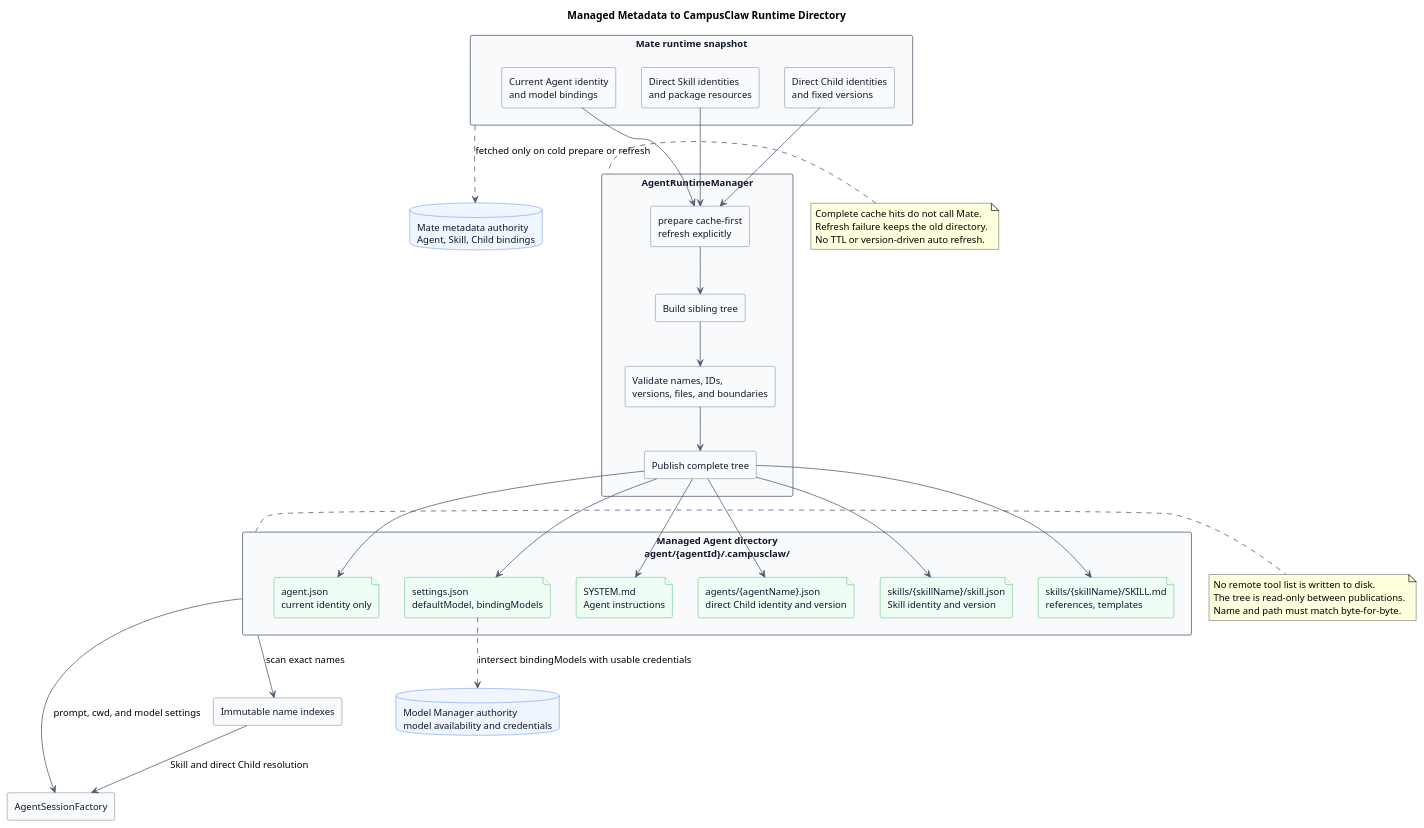
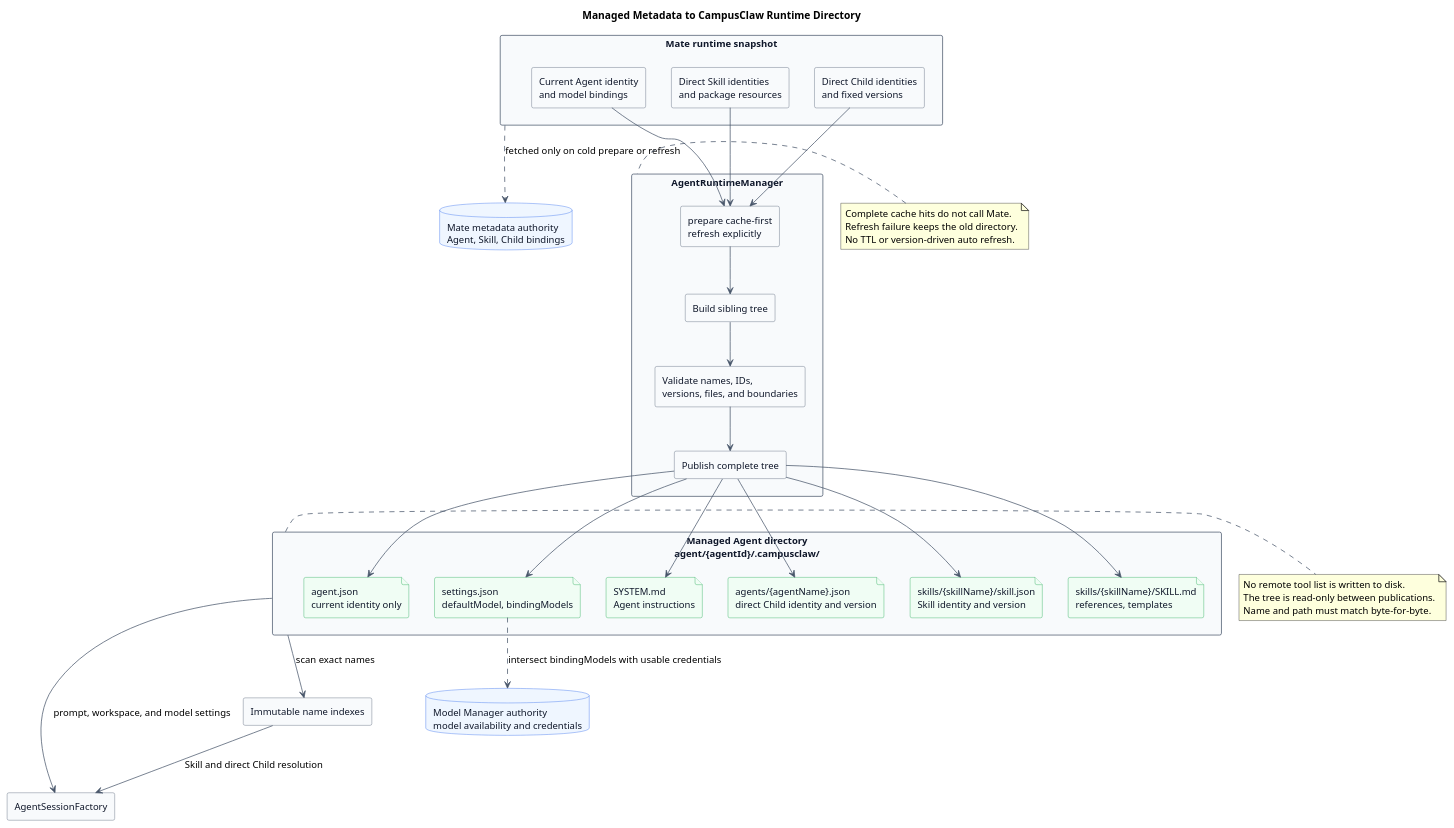
The diagram in pi-mono-java-manager-driven-multi-agent-runtime/diagrams/metadata/diagram.puml (ssm0808/pi-mono-java-design), drawn with PlantUML before and after one commit. The commit also changed 13 other files, not shown here.

Commit message:
docs(tool-system): align managed tool contracts

```diff
--- a/pi-mono-java-manager-driven-multi-agent-runtime/diagrams/metadata/diagram.puml
+++ b/pi-mono-java-manager-driven-multi-agent-runtime/diagrams/metadata/diagram.puml
@@ -1,90 +1,90 @@
 @startuml metadata_runtime_directory_mapping
 title Managed Metadata to CampusClaw Runtime Directory
 
-' Source evidence (pi-mono-java d0efb2fd18f2f2a7db121a1cbd4f039348a8094a):
+' Source evidence (CampusClaw d649866a6cae967ace18ceaeb9597edd47e5721e):
 ' modules/coding-agent-cli/src/main/java/com/campusclaw/codingagent/runtime/AgentRuntimeManager.java, prepare and materialize.
 ' modules/coding-agent-cli/src/main/java/com/campusclaw/codingagent/runtimeapi/agent/FileAgentDirectoryResolver.java, resolve.
-' Observed behavior: the Java baseline has two file contracts and materializes the CLI tree in place.
-' Architecture change: one managed tree serves CLI, Runtime, Cron, and Child entry points.
+' Observed behavior: the Java baseline has two file contracts and materializes the legacy CLI tree in place.
+' Architecture change: one managed tree serves Runtime, Cron, and Child entry points.
 ' Security hardening: a complete sibling tree is validated before publication.
 ' Design reason: sessions consume immutable identity indexes and never persist remote tool lists.
 
 skinparam backgroundColor #FFFFFF
 skinparam shadowing false
 skinparam defaultFontName Arial
 skinparam defaultFontSize 13
 skinparam rectangle {
   BackgroundColor #F8FAFC
   BorderColor #475569
   FontColor #0F172A
 }
 skinparam database {
   BackgroundColor #EFF6FF
   BorderColor #2563EB
   FontColor #0F172A
 }
 skinparam file {
   BackgroundColor #F0FDF4
   BorderColor #16A34A
   FontColor #0F172A
 }
 skinparam ArrowColor #475569
 
 rectangle "Mate runtime snapshot" as Input {
   rectangle "Current Agent identity\nand model bindings" as AgentMetadata
   rectangle "Direct Skill identities\nand package resources" as SkillMetadata
   rectangle "Direct Child identities\nand fixed versions" as ChildMetadata
 }
 
 rectangle "AgentRuntimeManager" as Manager {
   rectangle "prepare cache-first\nrefresh explicitly" as Resolve
   rectangle "Build sibling tree" as Build
   rectangle "Validate names, IDs,\nversions, files, and boundaries" as Validate
   rectangle "Publish complete tree" as Publish
 }
 
 rectangle "Managed Agent directory\nagent/{agentId}/.campusclaw/" as AgentDirectory {
   file "agent.json\ncurrent identity only" as AgentFile
   file "settings.json\ndefaultModel, bindingModels" as SettingsFile
   file "SYSTEM.md\nAgent instructions" as SystemFile
   file "agents/{agentName}.json\ndirect Child identity and version" as ChildFile
   file "skills/{skillName}/skill.json\nSkill identity and version" as SkillIdentityFile
   file "skills/{skillName}/SKILL.md\nreferences, templates" as SkillPackage
 }
 
 database "Mate metadata authority\nAgent, Skill, Child bindings" as MateAuthority
 database "Model Manager authority\nmodel availability and credentials" as ModelManager
 rectangle "AgentSessionFactory" as SessionFactory
 rectangle "Immutable name indexes" as Indexes
 
 AgentMetadata --> Resolve
 SkillMetadata --> Resolve
 ChildMetadata --> Resolve
 Resolve --> Build
 Build --> Validate
 Validate --> Publish
 Publish --> AgentFile
 Publish --> SettingsFile
 Publish --> SystemFile
 Publish --> ChildFile
 Publish --> SkillIdentityFile
 Publish --> SkillPackage
 
 Input ..> MateAuthority : fetched only on cold prepare or refresh
 SettingsFile ..> ModelManager : intersect bindingModels with usable credentials
 AgentDirectory --> Indexes : scan exact names
 Indexes --> SessionFactory : Skill and direct Child resolution
-AgentDirectory --> SessionFactory : prompt, cwd, and model settings
+AgentDirectory --> SessionFactory : prompt, workspace, and model settings
 
 note right of AgentDirectory
 No remote tool list is written to disk.
 The tree is read-only between publications.
 Name and path must match byte-for-byte.
 end note
 
 note left of Manager
 Complete cache hits do not call Mate.
 Refresh failure keeps the old directory.
 No TTL or version-driven auto refresh.
 end note
 @enduml
```
